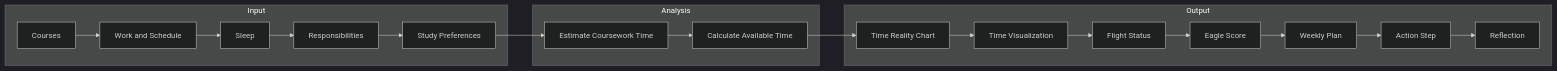
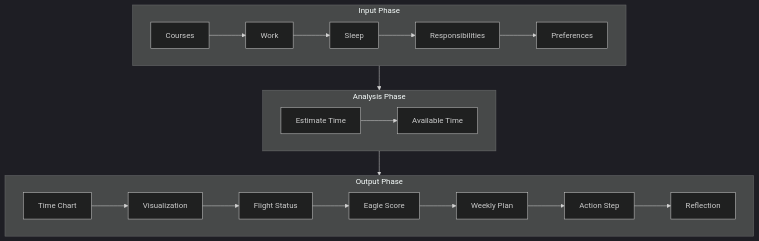
One commit to jalee9/Teaching-with-AI changed the diagram in agents/Eagle Flight Plan/README.md. Above: the diagram before and after it, drawn with Mermaid (dark theme).

Commit message:
Update flowchart structure in README.md

````diff
--- a/agents/Eagle Flight Plan/README.md
+++ b/agents/Eagle Flight Plan/README.md
@@ -47,26 +47,29 @@
 ```mermaid
-flowchart LR
+flowchart TD
 
-subgraph Input
-    A[Courses] --> B[Work and Schedule]
+subgraph Input Phase
+    direction LR
+    A[Courses] --> B[Work]
     B --> C[Sleep]
     C --> D[Responsibilities]
-    D --> E[Study Preferences]
+    D --> E[Preferences]
 end
 
-subgraph Analysis
-    F[Estimate Coursework Time] --> G[Calculate Available Time]
+subgraph Analysis Phase
+    direction LR
+    F[Estimate Time] --> G[Available Time]
 end
 
-subgraph Output
-    H[Time Reality Chart] --> I[Time Visualization]
+subgraph Output Phase
+    direction LR
+    H[Time Chart] --> I[Visualization]
     I --> J[Flight Status]
     J --> K[Eagle Score]
     K --> L[Weekly Plan]
     L --> M[Action Step]
     M --> N[Reflection]
 end
 
 E --> F
 G --> H
 ```
````
